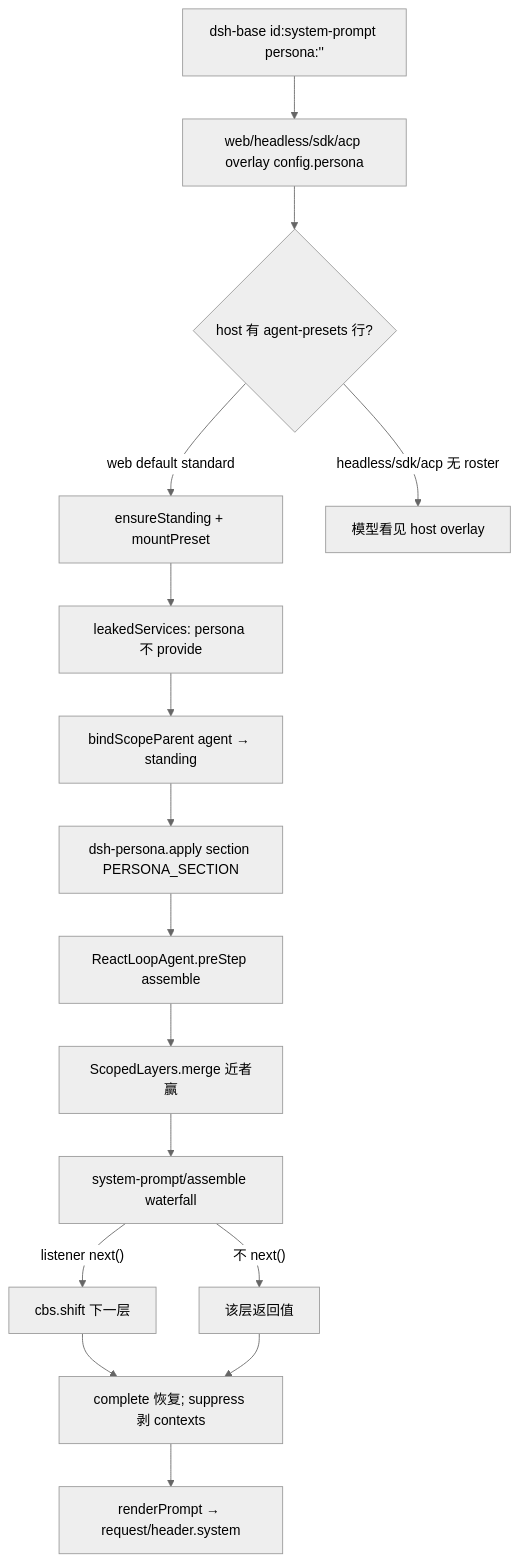
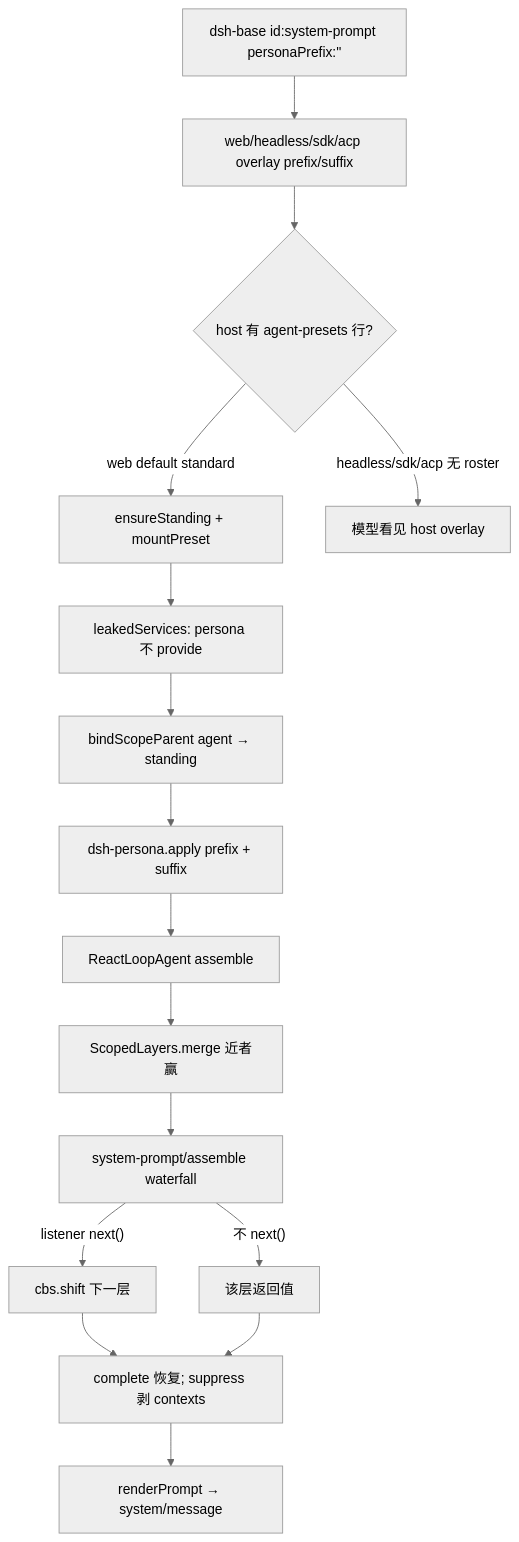
Before and after one commit to wdnmdtonyma/SOTA-Agent-LLM-Wiki: the diagram in docs/llm-wiki/deepseek-harness/subsystems/composition/persona.md, drawn with Mermaid (neutral theme). The commit also changed other lines of this file and 219 other files, not shown here.

````diff
--- a/docs/llm-wiki/deepseek-harness/subsystems/composition/persona.md
+++ b/docs/llm-wiki/deepseek-harness/subsystems/composition/persona.md
@@ -114,18 +117,18 @@
 ```mermaid
 flowchart TD
-  Base["dsh-base id:system-prompt persona:''"] --> Overlay["web/headless/sdk/acp overlay config.persona"]
+  Base["dsh-base id:system-prompt personaPrefix:''"] --> Overlay["web/headless/sdk/acp overlay prefix/suffix"]
   Overlay --> Roster{"host 有 agent-presets 行?"}
   Roster -->|web default standard| Mount["ensureStanding + mountPreset"]
   Roster -->|headless/sdk/acp 无 roster| HostOnly["模型看见 host overlay"]
   Mount --> Leak["leakedServices: persona 不 provide"]
   Leak --> Bind["bindScopeParent agent → standing"]
-  Bind --> Apply["dsh-persona.apply section PERSONA_SECTION"]
-  Apply --> PreStep["ReactLoopAgent.preStep assemble"]
+  Bind --> Apply["dsh-persona.apply prefix + suffix"]
+  Apply --> PreStep["ReactLoopAgent assemble"]
   PreStep --> Merge["ScopedLayers.merge 近者赢"]
   Merge --> WF["system-prompt/assemble waterfall"]
   WF -->|"listener next()"| Shift["cbs.shift 下一层"]
   WF -->|"不 next()"| Short["该层返回值"]
   Shift --> Post["complete 恢复; suppress 剥 contexts"]
   Short --> Post
-  Post --> Header["renderPrompt → request/header.system"]
+  Post --> Log["renderPrompt → system/message"]
 ```
````
